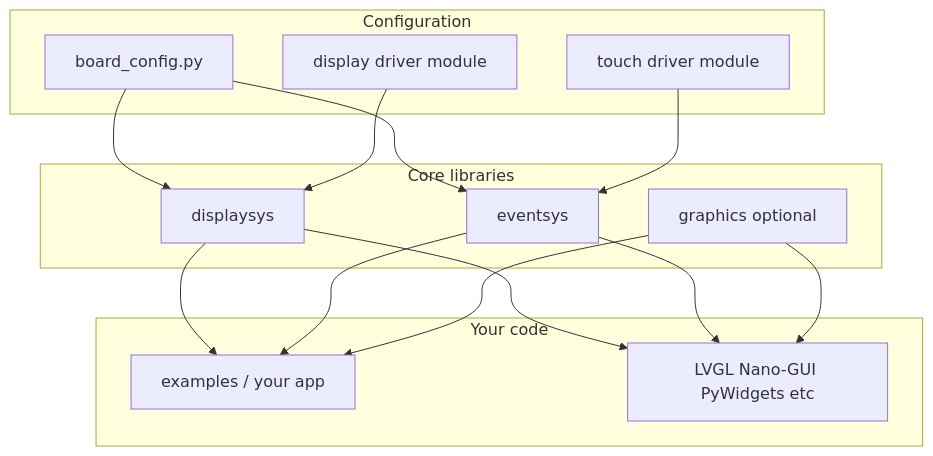
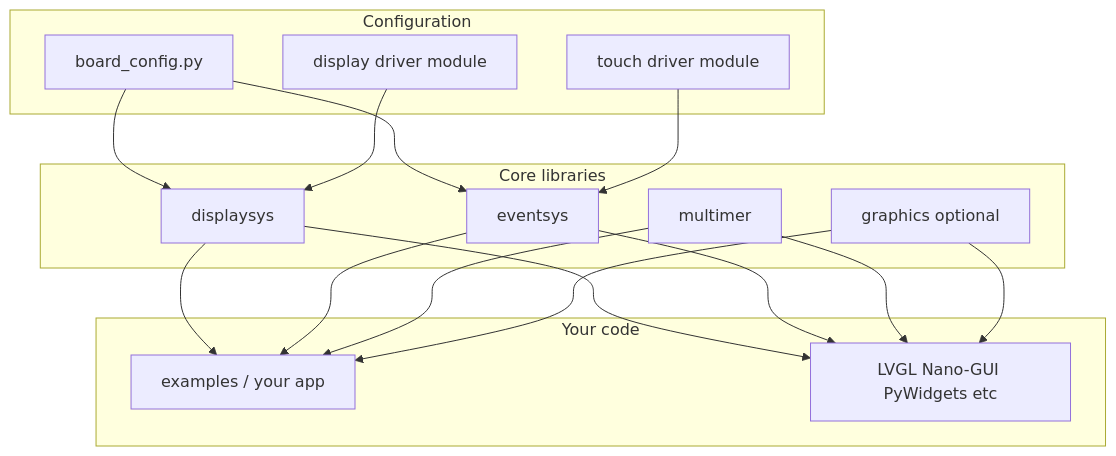
Before and after one commit to PyDevices/pydisplay: the diagram in docs/concepts/architecture.md, drawn with Mermaid. The commit also changed other lines of this file and 51 other files, not shown here.

````diff
--- a/docs/concepts/architecture.md
+++ b/docs/concepts/architecture.md
@@ -7,27 +7,30 @@
 ```mermaid
 flowchart TB
   subgraph config [Configuration]
     BC[board_config.py]
     DD[display driver module]
     TD[touch driver module]
   end
   subgraph core [Core libraries]
     DS[displaysys]
     ES[eventsys]
     GR[graphics optional]
+    MT[multimer]
   end
   subgraph app [Your code]
     EX[examples / your app]
     GUI[LVGL Nano-GUI PyWidgets etc]
   end
   BC --> DS
   BC --> ES
   DD --> DS
   TD --> ES
   DS --> EX
   ES --> EX
+  MT --> EX
   DS --> GUI
   ES --> GUI
+  MT --> GUI
   GR --> EX
   GR --> GUI
 ```
````
